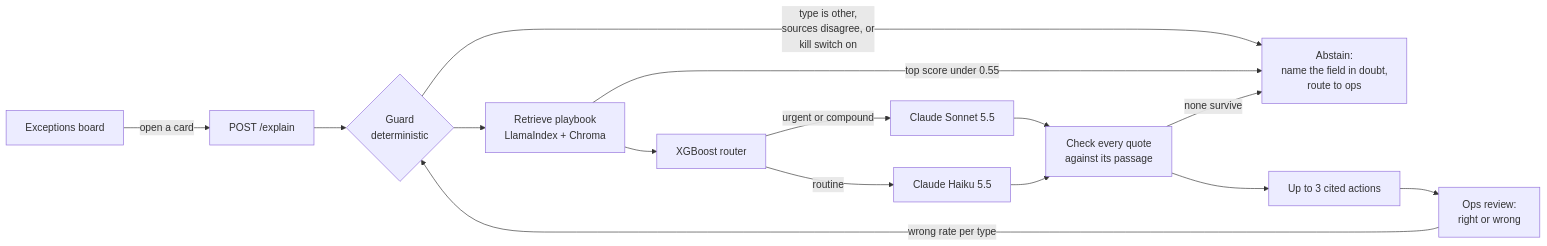
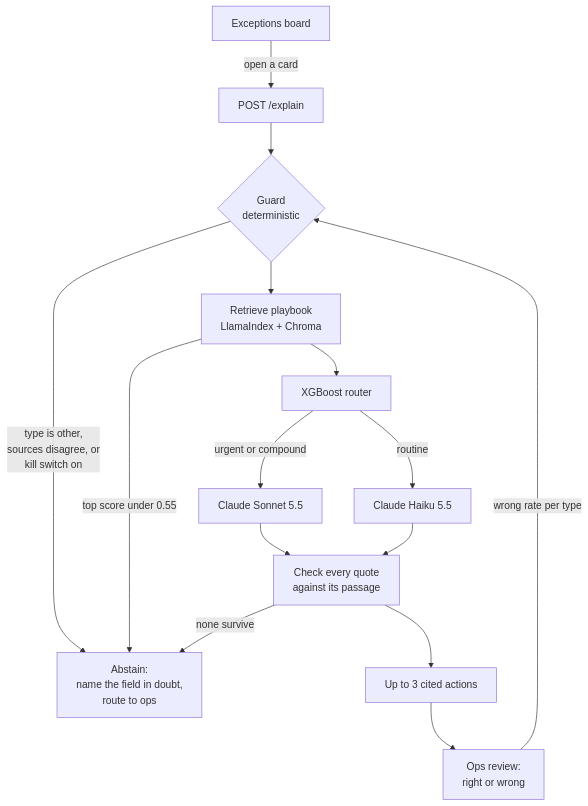
The diagram in README.md (superposition-fc23/freight-exceptions-copilot), drawn with Mermaid before and after one commit.

Commit message:
README: draw the pipeline top to bottom so it is readable

````diff
--- a/README.md
+++ b/README.md
@@ -24,17 +24,17 @@
 ```mermaid
-flowchart LR
+flowchart TD
     board[Exceptions board] -->|open a card| api[POST /explain]
     api --> guard{Guard<br/>deterministic}
     guard -->|type is other,<br/>sources disagree, or<br/>kill switch on| abstain[Abstain:<br/>name the field in doubt,<br/>route to ops]
     guard --> retrieve[Retrieve playbook<br/>LlamaIndex + Chroma]
     retrieve -->|top score under 0.55| abstain
     retrieve --> router[XGBoost router]
     router -->|urgent or compound| sonnet[Claude Sonnet 5.5]
     router -->|routine| haiku[Claude Haiku 5.5]
     sonnet --> check[Check every quote<br/>against its passage]
     haiku --> check
     check -->|none survive| abstain
     check --> actions[Up to 3 cited actions]
     actions --> ops[Ops review:<br/>right or wrong]
     ops -->|wrong rate per type| guard
 ```
````
